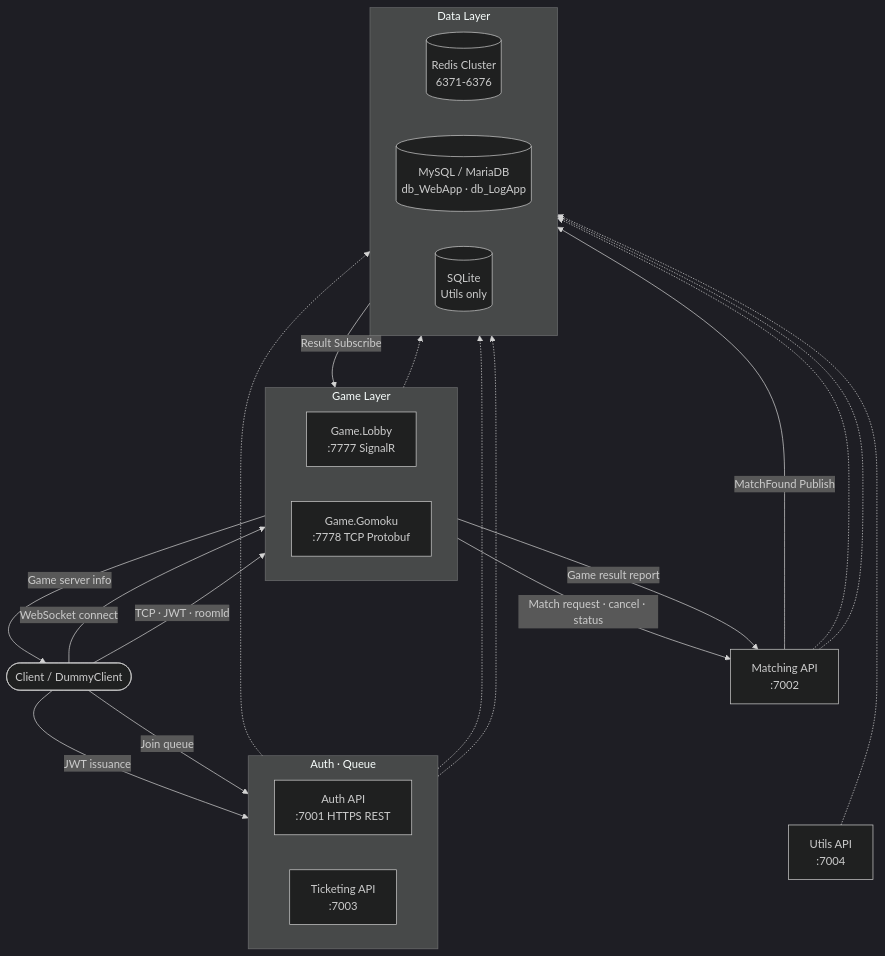
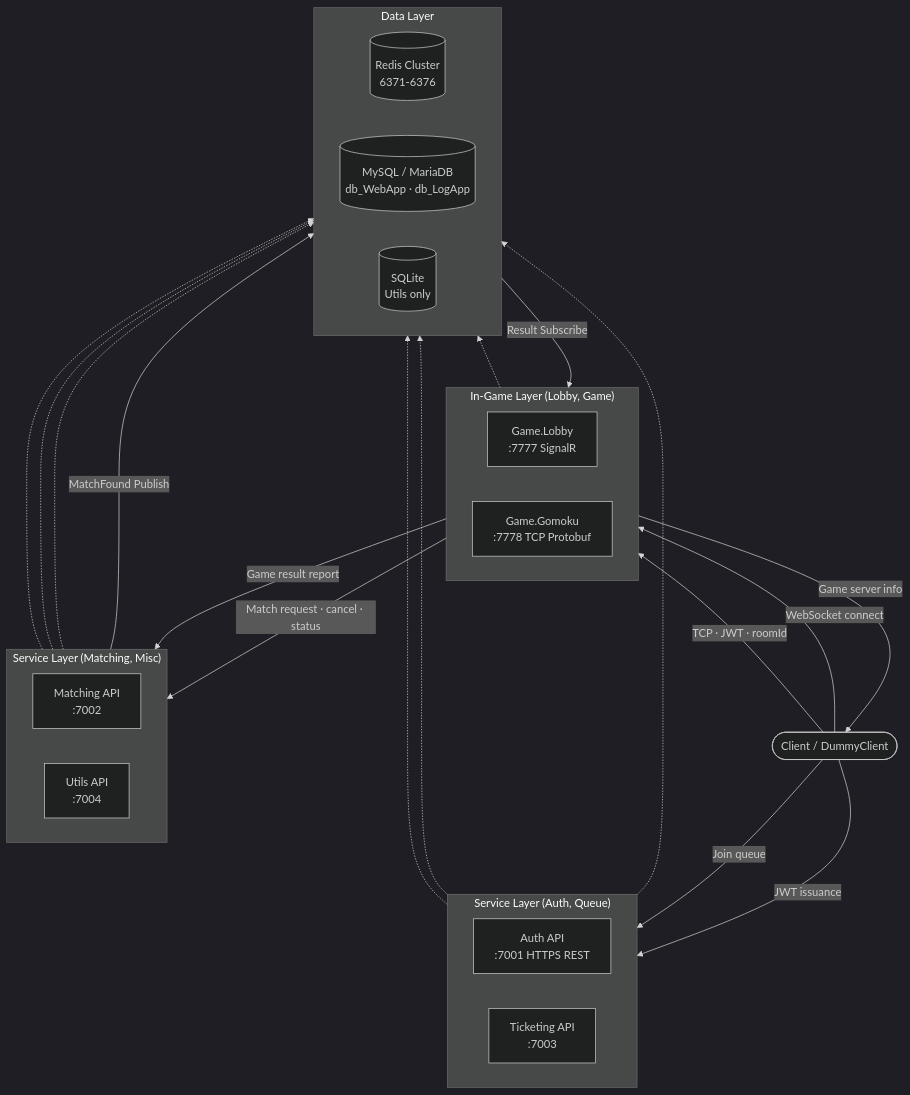
One commit to rumdice/platformA changed the first of 2 diagrams in README.en.md. Above: the diagram before and after it, drawn with Mermaid (dark theme). The commit also changed 1 other file, not shown here.

Commit message:
docs: 아키텍처 다이어그램 레이어 명칭 및 구조 개선

````diff
--- a/README.en.md
+++ b/README.en.md
@@ -19,45 +19,47 @@
 ```mermaid
 flowchart TB
     Client(["Client / DummyClient"])
 
-    subgraph AuthQ["Auth · Queue"]
+    subgraph AuthQ["Service Layer (Auth, Queue)"]
         direction LR
         Auth["Auth API\n:7001 HTTPS REST"]
         Ticket["Ticketing API\n:7003"]
     end
 
-    subgraph GameLayer["Game Layer"]
+    subgraph GameLayer["In-Game Layer (Lobby, Game)"]
         direction LR
         Lobby["Game.Lobby\n:7777 SignalR"]
         Gomoku["Game.Gomoku\n:7778 TCP Protobuf"]
     end
 
-    Match["Matching API\n:7002"]
-    Utils["Utils API\n:7004"]
+    subgraph SvcEtc["Service Layer (Matching, Misc)"]
+        direction LR
+        Match["Matching API\n:7002"]
+        Utils["Utils API\n:7004"]
+    end
 
     subgraph Data["Data Layer"]
         direction LR
         Redis[("Redis Cluster\n6371-6376")]
         MySQL[("MySQL / MariaDB\ndb_WebApp · db_LogApp")]
         SQLite[("SQLite\nUtils only")]
     end
 
     Client -->|JWT issuance| Auth
     Client -->|Join queue| Ticket
     Ticket ~~~ Lobby
     Client -->|WebSocket connect| Lobby
     Lobby -->|Game server info| Client
     Client -->|TCP · JWT · roomId| Gomoku
 
     Lobby -->|Match request · cancel · status| Match
     Match -->|MatchFound Publish| Redis
     Redis -->|Result Subscribe| Lobby
     Gomoku -->|Game result report| Match
-    Match ~~~ Utils
 
     Auth -.-> Redis & MySQL
     Ticket -.-> Redis
     Match -.-> Redis & MySQL
     Gomoku -.-> Redis
     Utils -.-> SQLite
 ```
````
